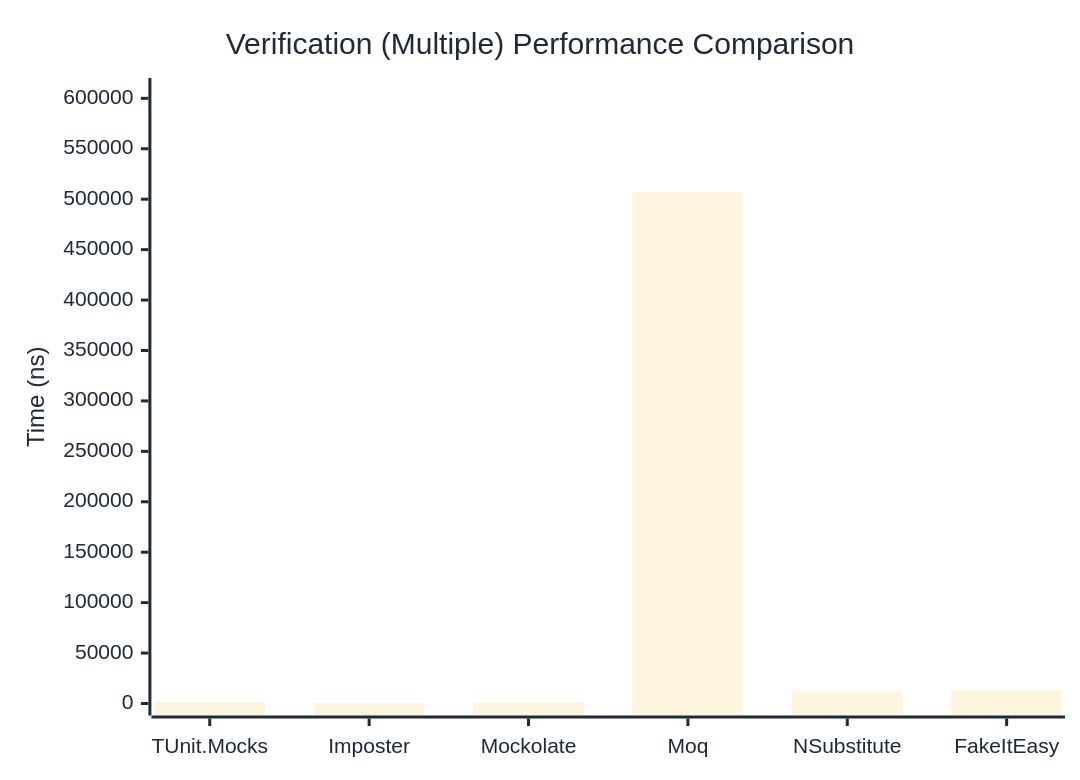
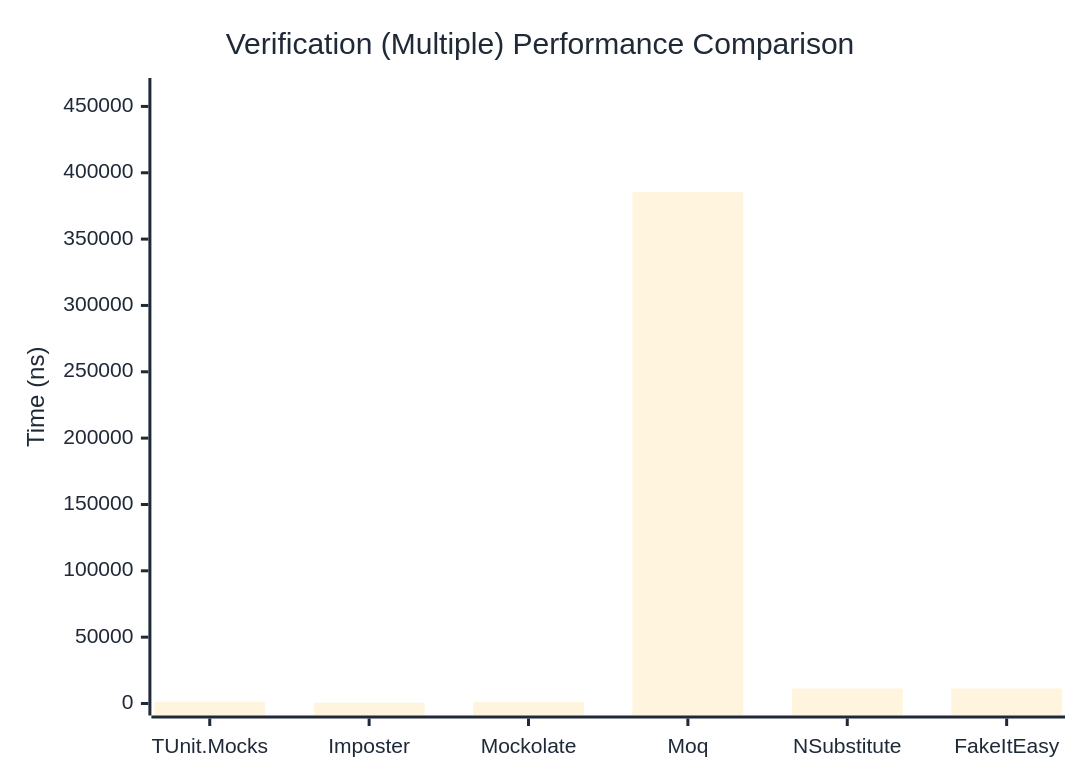
The third of 3 diagrams in docs/docs/benchmarks/mocks/Verification.md (thomhurst/TUnit), drawn with Mermaid before and after one commit. The commit also changed other lines of this file and 14 other files, not shown here.

````diff
--- a/docs/docs/benchmarks/mocks/Verification.md
+++ b/docs/docs/benchmarks/mocks/Verification.md
@@ -112,27 +112,27 @@
 ```mermaid
 %%{init: {
   'theme':'base',
   'themeVariables': {
     'primaryColor': '#2563eb',
     'primaryTextColor': '#1f2937',
     'primaryBorderColor': '#1e40af',
     'lineColor': '#6b7280',
     'secondaryColor': '#7c3aed',
     'tertiaryColor': '#dc2626',
     'background': '#ffffff',
     'pie1': '#2563eb',
     'pie2': '#7c3aed',
     'pie3': '#dc2626',
     'pie4': '#f59e0b',
     'pie5': '#10b981',
     'pie6': '#06b6d4',
     'pie7': '#ec4899',
     'pie8': '#6366f1'
   }
 }}%%
 xychart-beta
   title "Verification (Multiple) Performance Comparison"
   x-axis ["TUnit.Mocks", "Imposter", "Mockolate", "Moq", "NSubstitute", "FakeItEasy"]
-  y-axis "Time (ns)" 0 --> 608259
-  bar [1178.44, 530, 1009.79, 506881.84, 11822.89, 12891.79]
+  y-axis "Time (ns)" 0 --> 462374
+  bar [1304.14, 583.07, 1016.51, 385311.39, 11247.96, 11300.03]
 ```
````
